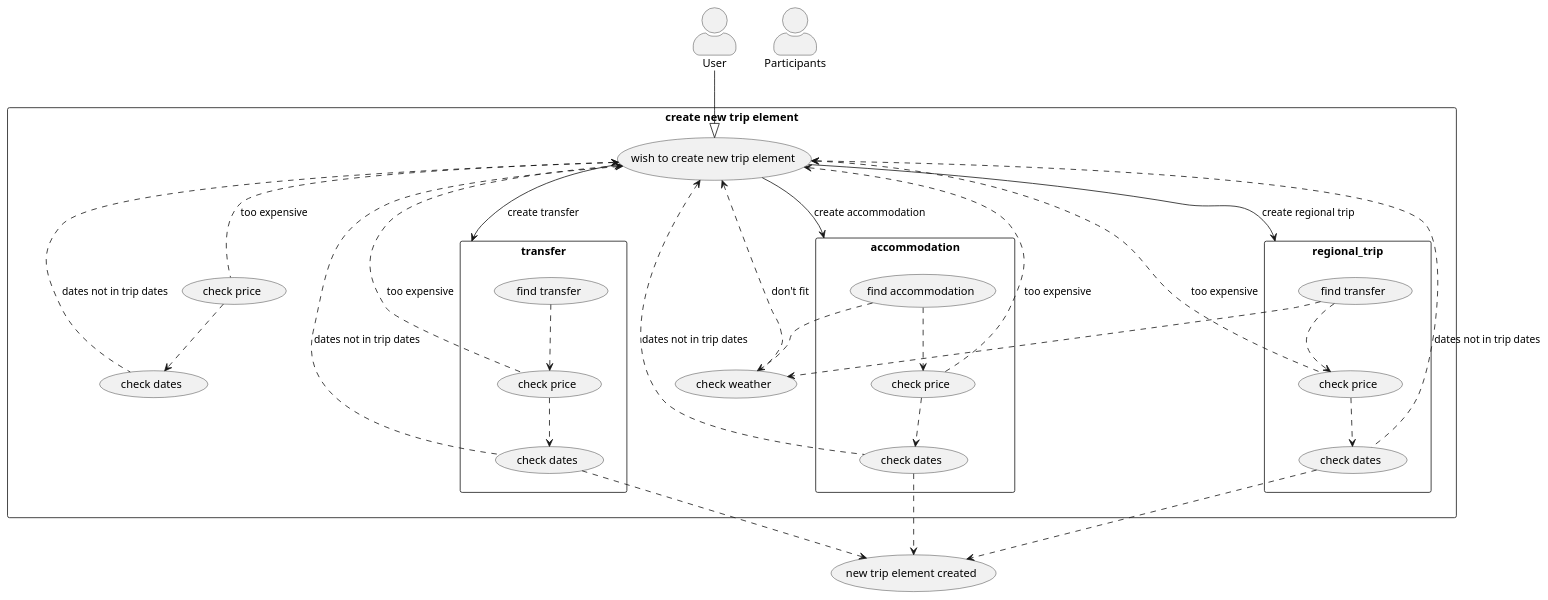
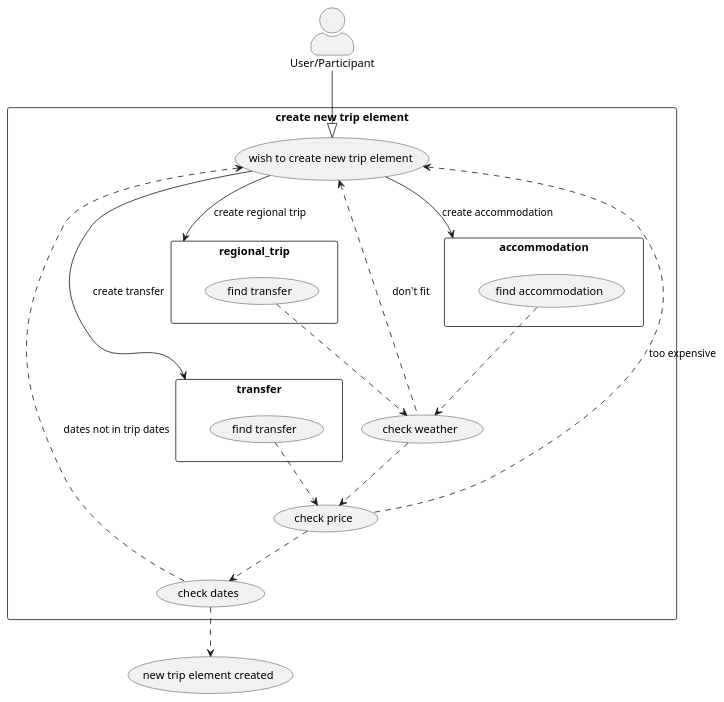
The diagram in doc/overview/create_new_trip_element.puml (Kamil-IT/my-trip), drawn with PlantUML before and after one commit. The commit also changed 8 other files, not shown here.

```diff
--- a/doc/overview/create_new_trip_element.puml
+++ b/doc/overview/create_new_trip_element.puml
@@ -1,71 +1,51 @@
 @startuml
-'top to bottom direction
 skinparam actorStyle awesome
 
-actor User
-actor Participants
+actor "User/Participant" as User
 
 (new trip element created) as new_trip_element
 
 rectangle "create new trip element" as cnte {
 
     "wish to create new trip element" as (wish)
 
     "check weather" as (check_weather)
     "check price" as (check_price)
     "check dates" as (check_dates)
 
-    wish <|-u- User
+    User -d-|> wish
 
-    transfer <-u- wish : create transfer
-    accommodation <-u- wish: create accommodation
-    regional_trip <-u- wish : create regional trip
+    wish -d-> transfer : create transfer
+    wish -d-> accommodation: create accommodation
+    wish -d-> regional_trip : create regional trip
 
     rectangle transfer {
         "find transfer" as (transfer_find)
-        "check dates" as (transfer_check_dates)
-        "check price" as (transfer_check_price)
 
-        transfer_find .d.> transfer_check_price
-        transfer_check_price .u.> wish : too expensive
-        transfer_check_price .d.> transfer_check_dates
-        transfer_check_dates .u.> wish : dates not in trip dates
-        transfer_check_dates .d.> new_trip_element
+        transfer_find .d.> check_price
     }
 
     rectangle accommodation {
         "find accommodation" as (accommodation_find)
-        "check dates" as (accommodation_check_dates)
-        "check price" as (accommodation_check_price)
 
-        accommodation_find .d.> accommodation_check_price
-        accommodation_find ..> check_weather
-        accommodation_check_price .u.> wish : too expensive
-        accommodation_check_price .d.> accommodation_check_dates
-        accommodation_check_dates .u.> wish : dates not in trip dates
-        accommodation_check_dates .d.> new_trip_element
+        accommodation_find .d.> check_weather
     }
 
     rectangle "regional trip" as regional_trip {
         "find transfer" as (regional_find)
-        "check dates" as (regional_check_dates)
-        "check price" as (regional_check_price)
 
-        regional_find .d.> regional_check_price
-        regional_find ..> check_weather
-        regional_check_price .u.> wish : too expensive
-        regional_check_price .d.> regional_check_dates
-        regional_check_dates .u.> wish : dates not in trip dates
-        regional_check_dates .d.> new_trip_element
+        regional_find .d.> check_weather
     }
 
     check_price .u.> wish : too expensive
     check_price .d.> check_dates
     check_dates .u.> wish : dates not in trip dates
     check_weather .u.> wish : don't fit
+    check_weather .d.> check_price
+    check_dates .d.> new_trip_element
 
 }
 
 
 
 @enduml
```
